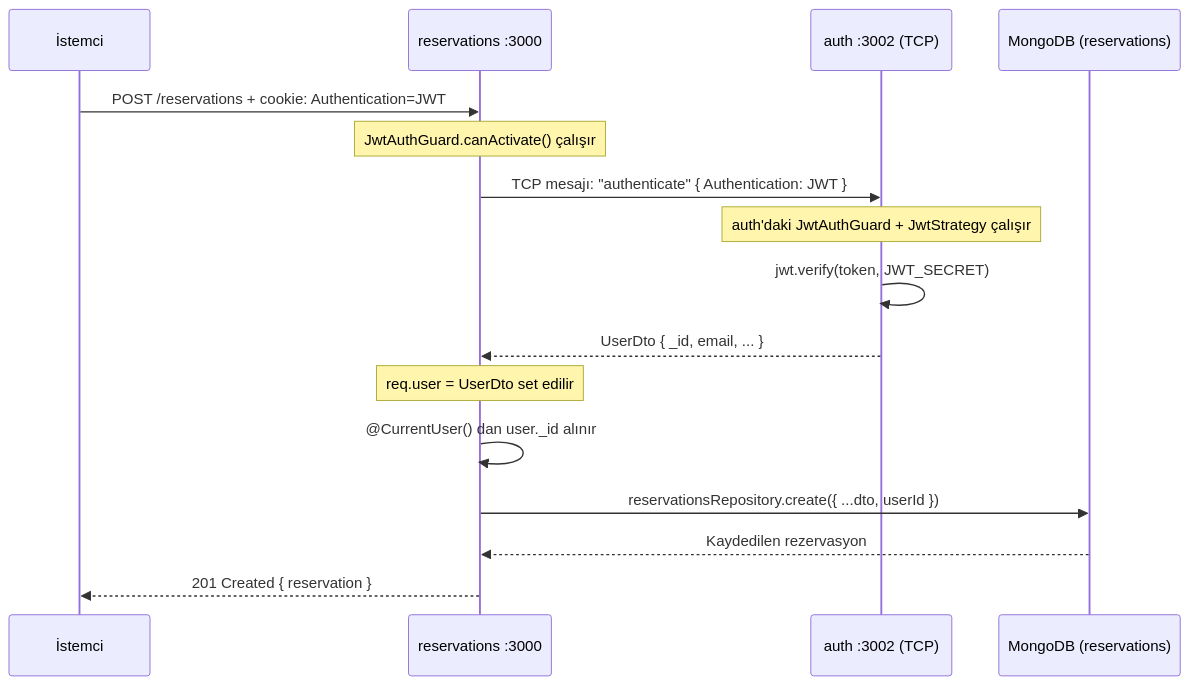
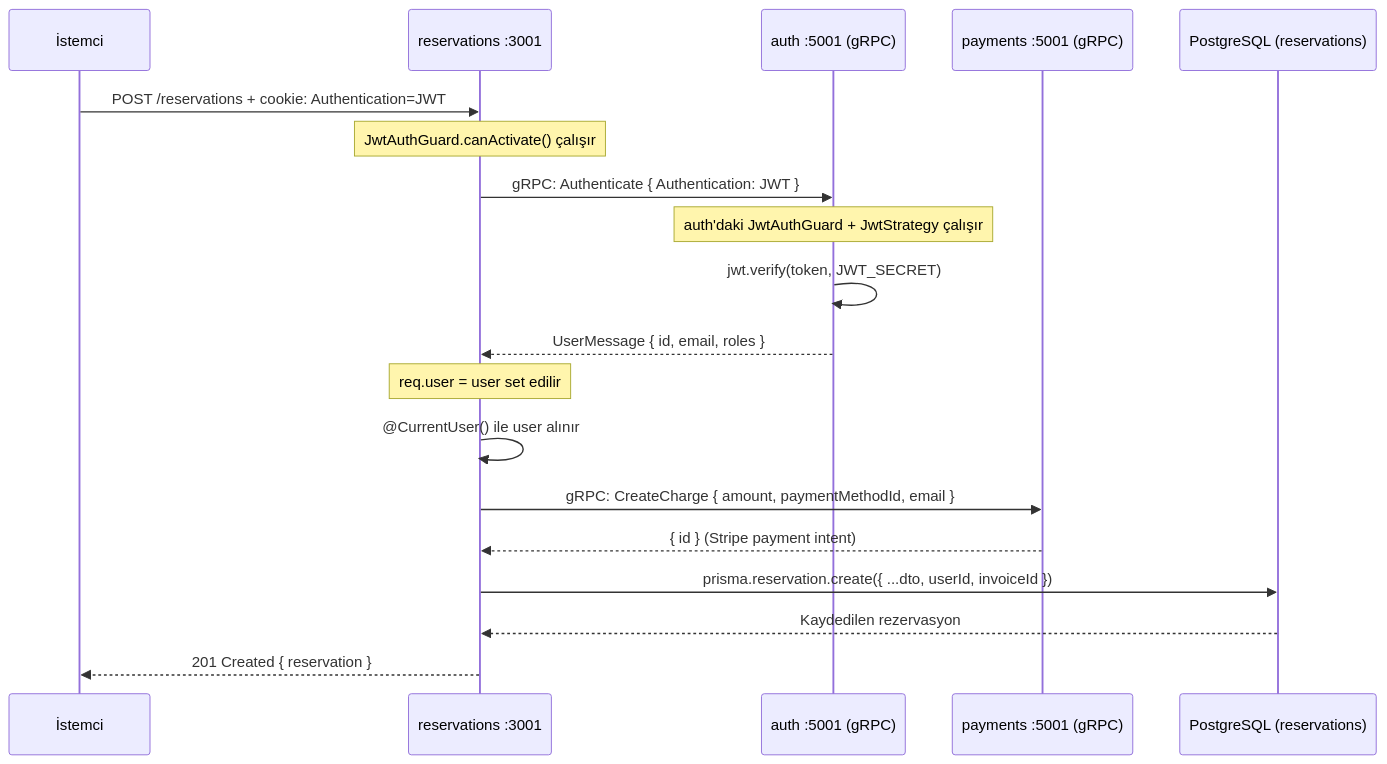
One commit to HuseyinKaraman/nestjs-microservice changed the third of 7 diagrams in docs/ARCHITECTURE.md. Above: the diagram before and after it, drawn with Mermaid. The commit also changed other lines of this file and 3 other files, not shown here.

First line of the commit message:
docs: update docs for Prisma/PostgreSQL and gRPC

````diff
--- a/docs/ARCHITECTURE.md
+++ b/docs/ARCHITECTURE.md
@@ -78,19 +82,22 @@
 ```mermaid
 sequenceDiagram
     participant C as İstemci
-    participant R as reservations :3000
-    participant A as auth :3002 (TCP)
-    participant DB as MongoDB (reservations)
+    participant R as reservations :3001
+    participant A as auth :5001 (gRPC)
+    participant P as payments :5001 (gRPC)
+    participant DB as PostgreSQL (reservations)
 
     C->>R: POST /reservations + cookie: Authentication=JWT
     Note over R: JwtAuthGuard.canActivate() çalışır
-    R->>A: TCP mesajı: "authenticate" { Authentication: JWT }
+    R->>A: gRPC: Authenticate { Authentication: JWT }
     Note over A: auth'daki JwtAuthGuard + JwtStrategy çalışır
     A->>A: jwt.verify(token, JWT_SECRET)
-    A-->>R: UserDto { _id, email, ... }
-    Note over R: req.user = UserDto set edilir
-    R->>R: @CurrentUser() dan user._id alınır
-    R->>DB: reservationsRepository.create({ ...dto, userId })
+    A-->>R: UserMessage { id, email, roles }
+    Note over R: req.user = user set edilir
+    R->>R: @CurrentUser() ile user alınır
+    R->>P: gRPC: CreateCharge { amount, paymentMethodId, email }
+    P-->>R: { id } (Stripe payment intent)
+    R->>DB: prisma.reservation.create({ ...dto, userId, invoiceId })
     DB-->>R: Kaydedilen rezervasyon
     R-->>C: 201 Created { reservation }
 ```
````
